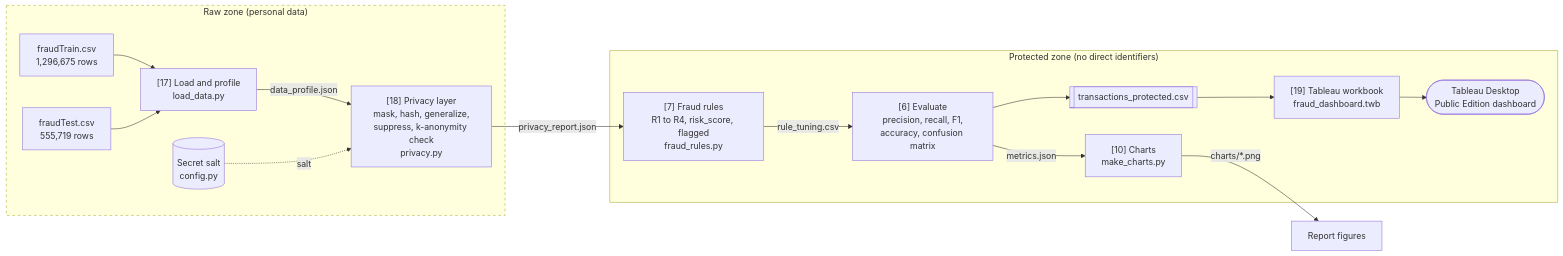
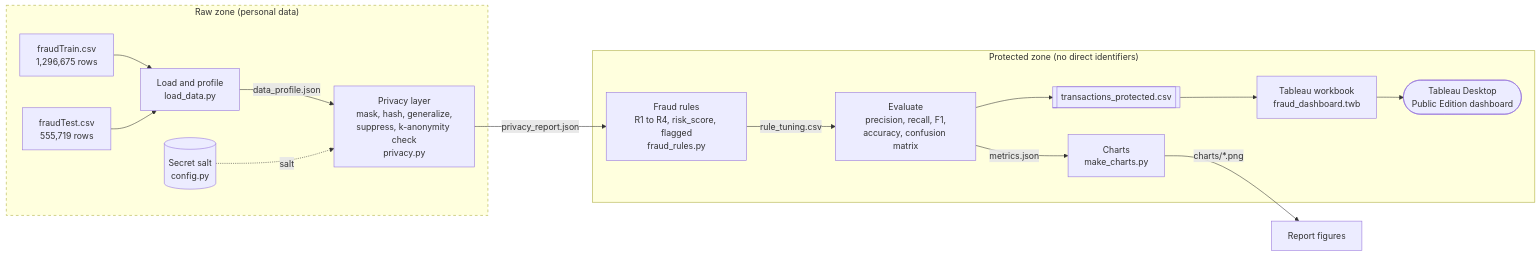
Before and after one commit to rajatevencodes/CBCA-293-Security: the first of 2 diagrams in reports/02_chapter2.md, drawn with Mermaid. The commit also changed other lines of this file and 31 other files, not shown here.

Commit message:
Sync project: Tableau extract + .twbx, dashboard fixes, team names, milestone PDFs

````diff
--- a/reports/02_chapter2.md
+++ b/reports/02_chapter2.md
@@ -24,30 +24,30 @@
 ```mermaid
 flowchart LR
     subgraph RAW["Raw zone (personal data)"]
         A["fraudTrain.csv<br/>1,296,675 rows"]
         B["fraudTest.csv<br/>555,719 rows"]
-        L["[17] Load and profile<br/>load_data.py"]
-        P["[18] Privacy layer<br/>mask, hash, generalize,<br/>suppress, k-anonymity check<br/>privacy.py"]
+        L["Load and profile<br/>load_data.py"]
+        P["Privacy layer<br/>mask, hash, generalize,<br/>suppress, k-anonymity check<br/>privacy.py"]
         S[("Secret salt<br/>config.py")]
     end
     subgraph SAFE["Protected zone (no direct identifiers)"]
-        R["[7] Fraud rules<br/>R1 to R4, risk_score, flagged<br/>fraud_rules.py"]
-        E["[6] Evaluate<br/>precision, recall, F1,<br/>accuracy, confusion matrix"]
-        C["[10] Charts<br/>make_charts.py"]
+        R["Fraud rules<br/>R1 to R4, risk_score, flagged<br/>fraud_rules.py"]
+        E["Evaluate<br/>precision, recall, F1,<br/>accuracy, confusion matrix"]
+        C["Charts<br/>make_charts.py"]
         CSV[["transactions_protected.csv"]]
-        T["[19] Tableau workbook<br/>fraud_dashboard.twb"]
+        T["Tableau workbook<br/>fraud_dashboard.twb"]
         D(["Tableau Desktop<br/>Public Edition dashboard"])
     end
     A --> L
     B --> L
     L -->|data_profile.json| P
     S -.->|salt| P
     P -->|privacy_report.json| R
     R -->|rule_tuning.csv| E
     E -->|metrics.json| C
     E --> CSV
     C -->|"charts/*.png"| REP["Report figures"]
     CSV --> T
     T --> D
     style RAW stroke-dasharray: 5 5
 ```
````
